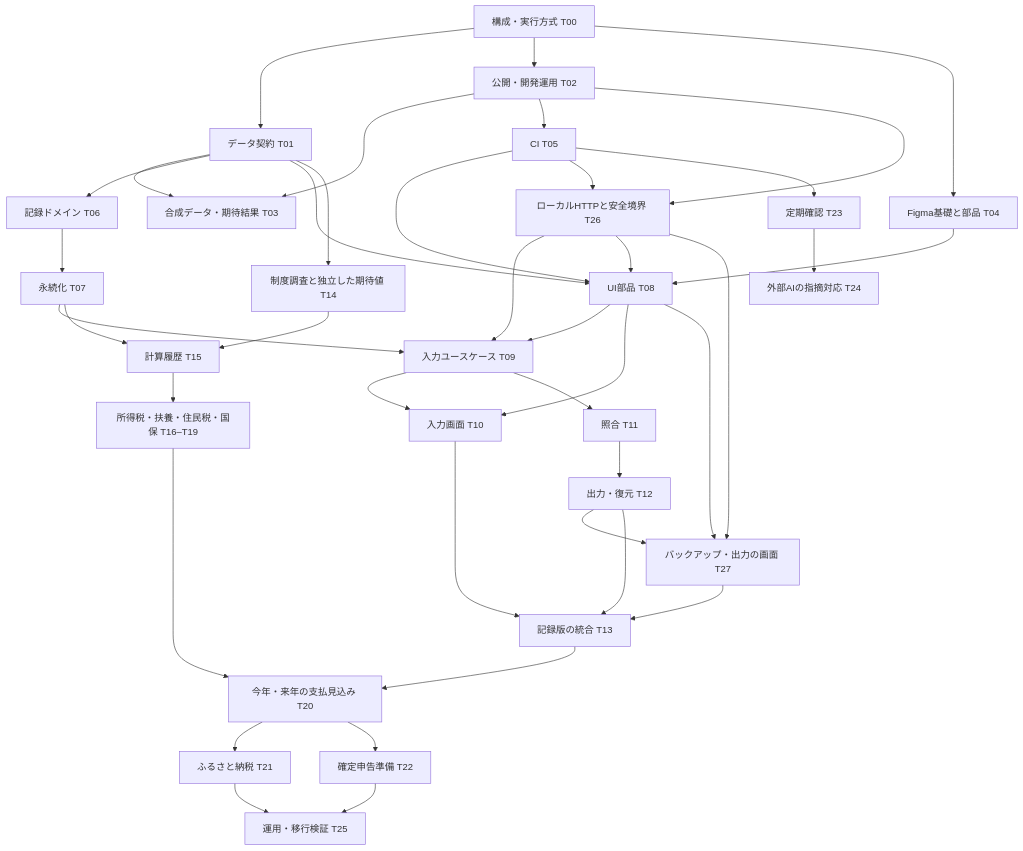
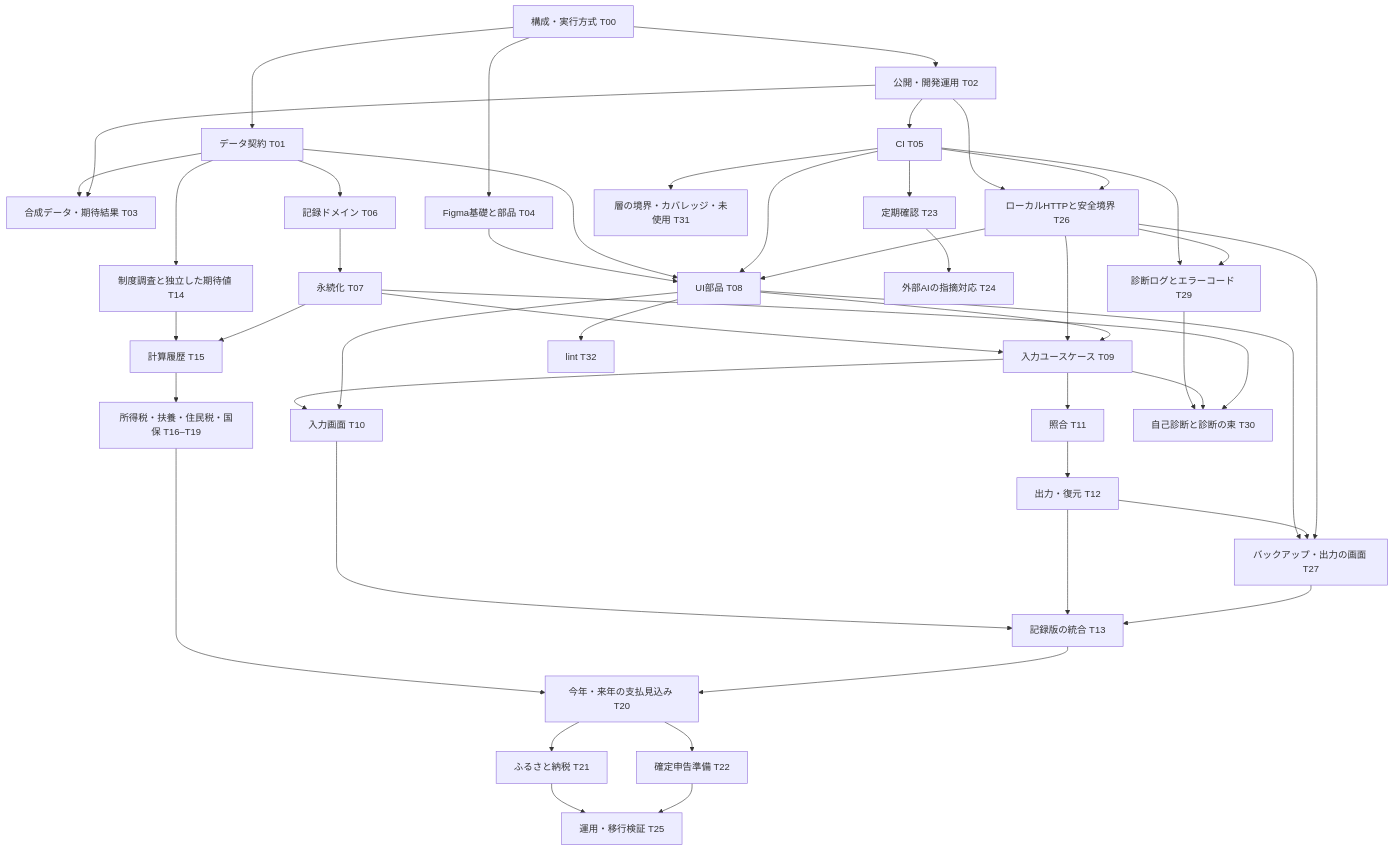
One commit to doc-gif/kurashi-ledger changed the diagram in docs/implementation-plan.md. Above: the diagram before and after it, drawn with Mermaid. The commit also changed other lines of this file and 8 other files, not shown here.

````diff
--- a/docs/implementation-plan.md
+++ b/docs/implementation-plan.md
@@ -28,42 +30,49 @@
 ```mermaid
 flowchart TD
   T00[構成・実行方式 T00] --> T01[データ契約 T01]
   T00 --> T02[公開・開発運用 T02]
   T01 --> T03[合成データ・期待結果 T03]
   T02 --> T03
   T01 --> T06[記録ドメイン T06]
   T00 --> T04[Figma基礎と部品 T04]
   T04 --> T08[UI部品 T08]
   T01 --> T08
   T02 --> T05[CI T05]
   T05 --> T08
   T06 --> T07[永続化 T07]
   T07 --> T09[入力ユースケース T09]
   T02 --> T26[ローカルHTTPと安全境界 T26]
   T05 --> T26
   T26 --> T09
   T08 --> T09
   T26 --> T08
   T09 --> T10[入力画面 T10]
   T08 --> T10
   T09 --> T11[照合 T11]
   T11 --> T12[出力・復元 T12]
   T08 --> T27[バックアップ・出力の画面 T27]
   T12 --> T27
   T26 --> T27
   T10 --> T13[記録版の統合 T13]
   T12 --> T13
   T27 --> T13
   T01 --> T14[制度調査と独立した期待値 T14]
   T14 --> T15[計算履歴 T15]
   T07 --> T15
   T15 --> CALC[所得税・扶養・住民税・国保 T16–T19]
   CALC --> T20[今年・来年の支払見込み T20]
   T13 --> T20
   T20 --> T21[ふるさと納税 T21]
   T20 --> T22[確定申告準備 T22]
   T05 --> T23[定期確認 T23]
   T23 --> T24[外部AIの指摘対応 T24]
+  T05 --> T29[診断ログとエラーコード T29]
+  T26 --> T29
+  T29 --> T30[自己診断と診断の束 T30]
+  T09 --> T30
+  T07 --> T30
+  T05 --> T31[層の境界・カバレッジ・未使用 T31]
+  T08 --> T32[lint T32]
   T21 --> T25[運用・移行検証 T25]
   T22 --> T25
 ```
````
